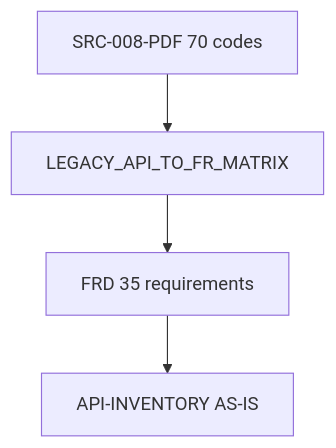
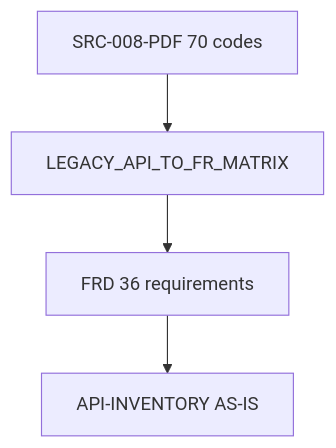
One commit to fdeniz07/RealEstateBackend changed the diagram in docs/02-requirements/FRD/FRD-EN.md. Above: the diagram before and after it, drawn with Mermaid. The commit also changed other lines of this file and 2 other files, not shown here.

````diff
--- a/docs/02-requirements/FRD/FRD-EN.md
+++ b/docs/02-requirements/FRD/FRD-EN.md
@@ -19,6 +19,6 @@
 ```mermaid
 flowchart TB
   PDF[SRC-008-PDF 70 codes] --> M[LEGACY_API_TO_FR_MATRIX]
-  M --> FR[FRD 35 requirements]
+  M --> FR[FRD 36 requirements]
   FR --> API[API-INVENTORY AS-IS]
 ```
````
